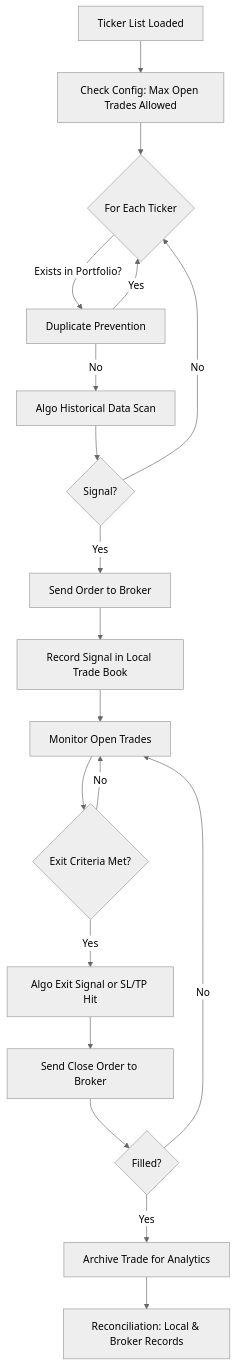
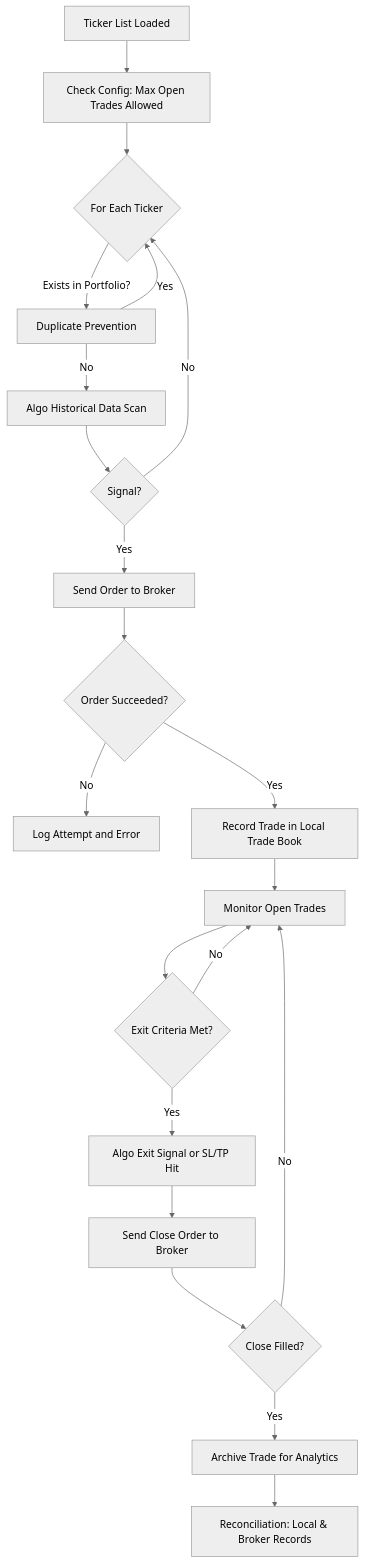
The diagram in requirements.md (tn9-git/TradingSystem), drawn with Mermaid (neutral theme) before and after one commit. The commit also changed other lines of this file, not shown here.

Commit message:
Update workflow diagram and clarify that only broker-filled trades are recorded in the tradebook. Failed/unsuccessful orders are only logged, not added to the trade book.

````diff
--- a/requirements.md
+++ b/requirements.md
@@ -44,21 +51,23 @@
 ```mermaid
 flowchart TD
     A[Ticker List Loaded] --> X[Check Config: Max Open Trades Allowed]
     X --> B{For Each Ticker}
     B --> |"Exists in Portfolio?"| C[Duplicate Prevention]
     C --> |"Yes"| B
     C --> |"No"| D[Algo Historical Data Scan]
     D --> E{Signal?}
     E --> |"No"| B
     E --> |"Yes"| F[Send Order to Broker]
-    F --> G[Record Signal in Local Trade Book]
-    G --> H[Monitor Open Trades]
-    H --> I{Exit Criteria Met?}
-    I --> |"No"| H
-    I --> |"Yes"| J[Algo Exit Signal or SL/TP Hit]
-    J --> K[Send Close Order to Broker]
-    K --> L{Filled?}
-    L --> |"No"| H
-    L --> |"Yes"| M[Archive Trade for Analytics]
-    M --> N[Reconciliation: Local & Broker Records]
+    F --> G{Order Succeeded?}
+    G --> |"No"| H[Log Attempt and Error]
+    G --> |"Yes"| I[Record Trade in Local Trade Book]
+    I --> J[Monitor Open Trades]
+    J --> K{Exit Criteria Met?}
+    K --> |"No"| J
+    K --> |"Yes"| L[Algo Exit Signal or SL/TP Hit]
+    L --> M[Send Close Order to Broker]
+    M --> N{Close Filled?}
+    N --> |"No"| J
+    N --> |"Yes"| O[Archive Trade for Analytics]
+    O --> P[Reconciliation: Local & Broker Records]
 ```
````
